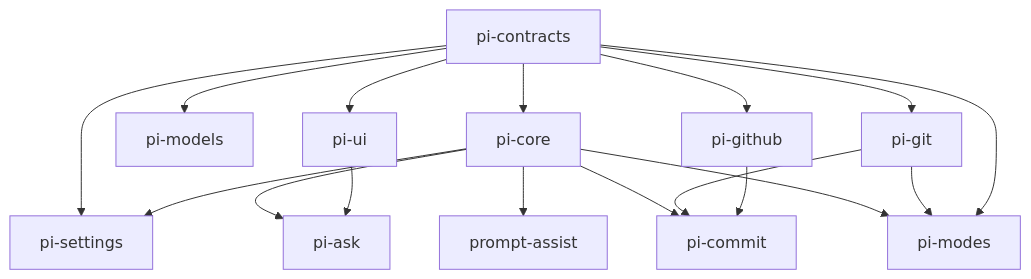
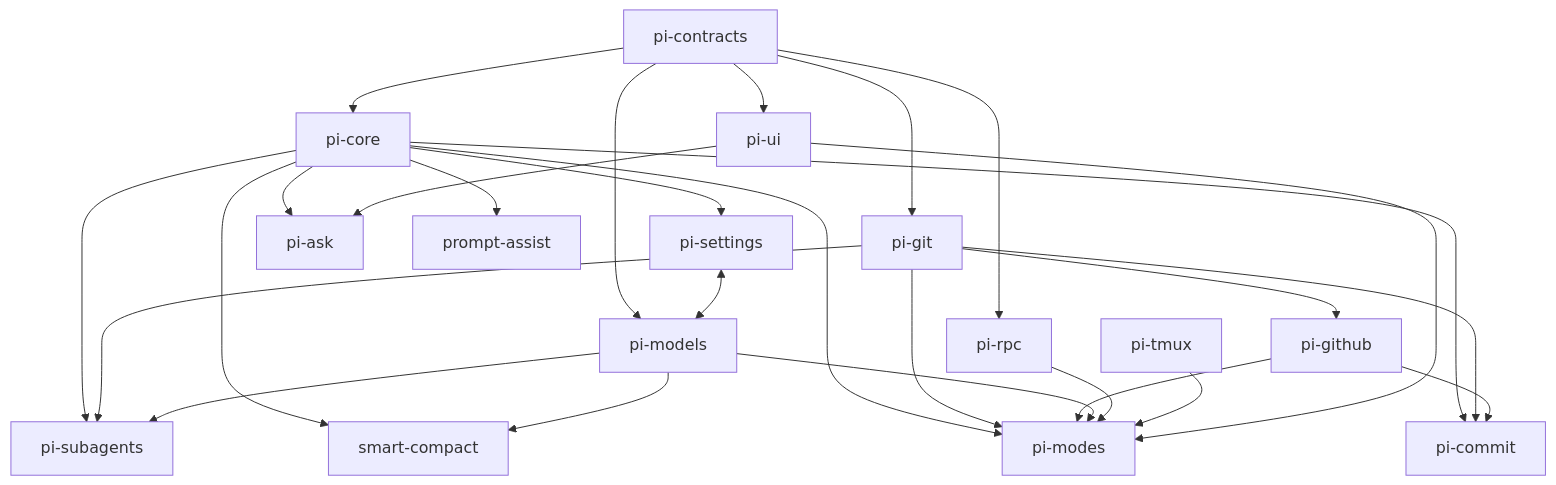
One commit to vegardx/pi-maestro changed the first of 2 diagrams in docs/architecture.md. Above: the diagram before and after it, drawn with Mermaid. The commit also changed other lines of this file and 12 other files, not shown here.

````diff
--- a/docs/architecture.md
+++ b/docs/architecture.md
@@ -8,31 +44,45 @@
 ```mermaid
 graph TD
 	contracts[pi-contracts]
 	core[pi-core]
 	settings[pi-settings]
 	models[pi-models]
 	ui[pi-ui]
 	git[pi-git]
 	github[pi-github]
+	rpc[pi-rpc]
+	tmux[pi-tmux]
 	ask[pi-ask]
 	prompt[prompt-assist]
 	commit[pi-commit]
+	subagents[pi-subagents]
+	smart[smart-compact]
 	modes[pi-modes]
 
 	contracts --> core
-	contracts --> settings
+	contracts --> git
+	git --> github
+	contracts --> rpc
+	contracts --> ui
+	contracts --> models
+	settings <--> models
 	core --> settings
-	contracts --> models
-	contracts --> ui
-	contracts --> git
-	contracts --> github
 	core --> ask
 	ui --> ask
 	core --> prompt
 	core --> commit
 	git --> commit
 	github --> commit
+	core --> subagents
+	git --> subagents
+	models --> subagents
+	core --> smart
+	models --> smart
 	core --> modes
 	git --> modes
-	contracts --> modes
+	github --> modes
+	models --> modes
+	rpc --> modes
+	tmux --> modes
+	ui --> modes
 ```
````
